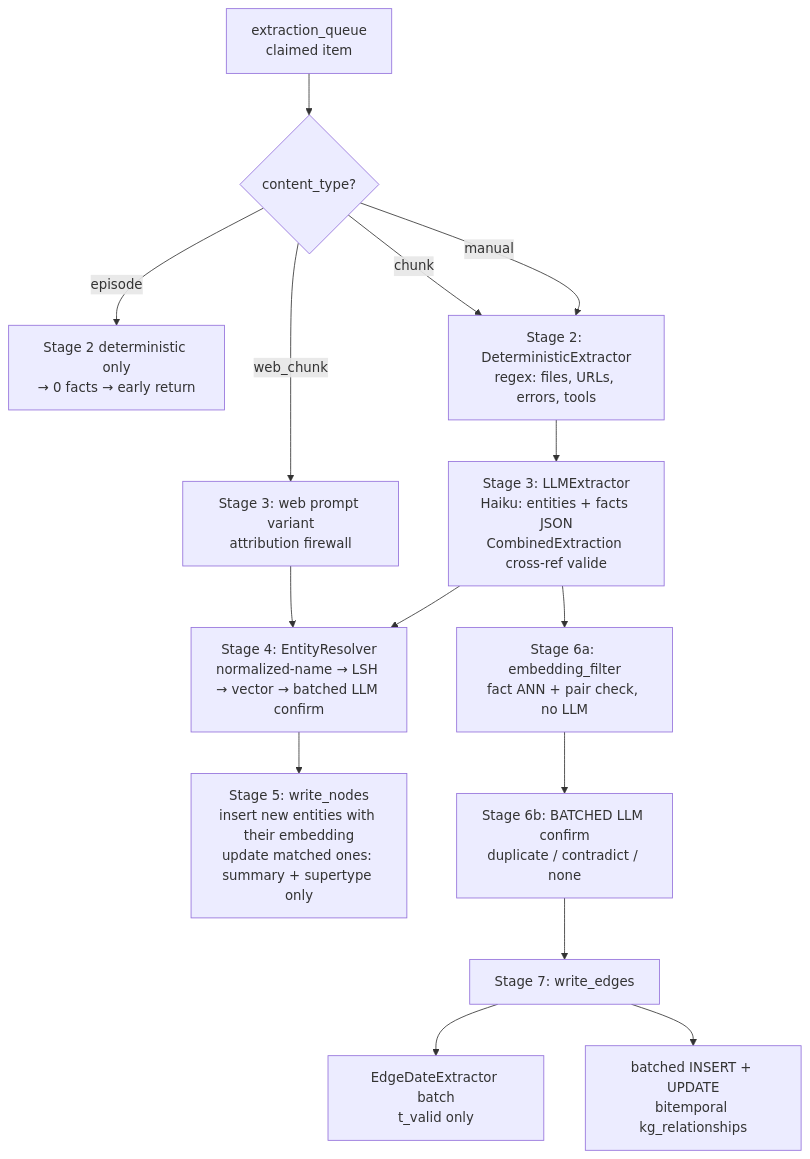
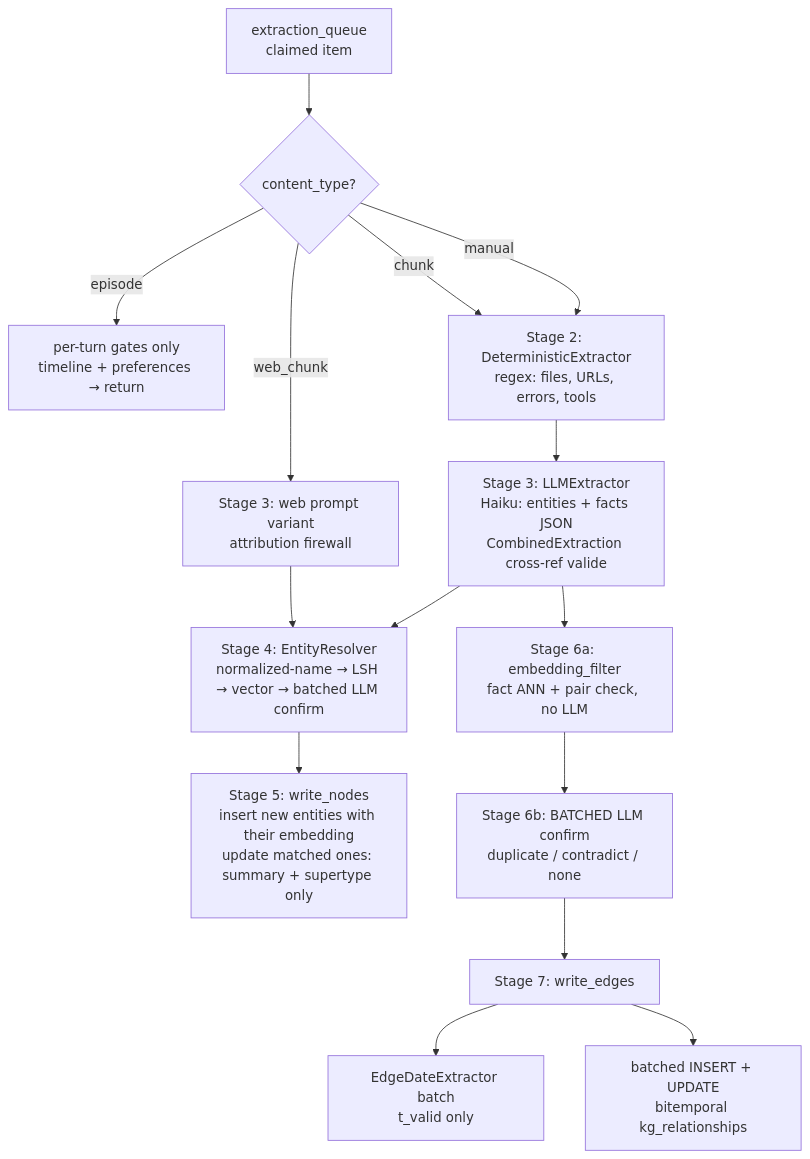
One commit to kraft87/synapse changed the third of 4 diagrams in ARCHITECTURE.md. Above: the diagram before and after it, drawn with Mermaid. The commit also changed other lines of this file and 5 other files, not shown here.

````diff
--- a/ARCHITECTURE.md
+++ b/ARCHITECTURE.md
@@ -285,19 +285,19 @@
 ```mermaid
 flowchart TD
     Q[extraction_queue\nclaimed item] --> CT{content_type?}
-    CT -- episode --> S2E[Stage 2 deterministic only\n→ 0 facts → early return]
+    CT -- episode --> S2E[per-turn gates only\ntimeline + preferences → return]
     CT -- chunk --> S2[Stage 2: DeterministicExtractor\nregex: files, URLs, errors, tools]
     CT -- manual --> S2
     CT -- web_chunk --> S3W[Stage 3: web prompt variant\nattribution firewall]
     S3W --> S4
 
     S2 --> S3[Stage 3: LLMExtractor\nHaiku: entities + facts JSON\nCombinedExtraction cross-ref valide]
     S3 --> S4[Stage 4: EntityResolver\nnormalized-name → LSH → vector → batched LLM confirm]
     S4 --> S5[Stage 5: write_nodes\ninsert new entities with their embedding\nupdate matched ones: summary + supertype only]
 
     S3 --> S6A[Stage 6a: embedding_filter\nfact ANN + pair check, no LLM]
     S6A --> S6B[Stage 6b: BATCHED LLM confirm\nduplicate / contradict / none]
     S6B --> S7[Stage 7: write_edges]
     S7 --> ED[EdgeDateExtractor batch\nt_valid only]
     S7 --> WR[batched INSERT + UPDATE\nbitemporal kg_relationships]
 ```
````
